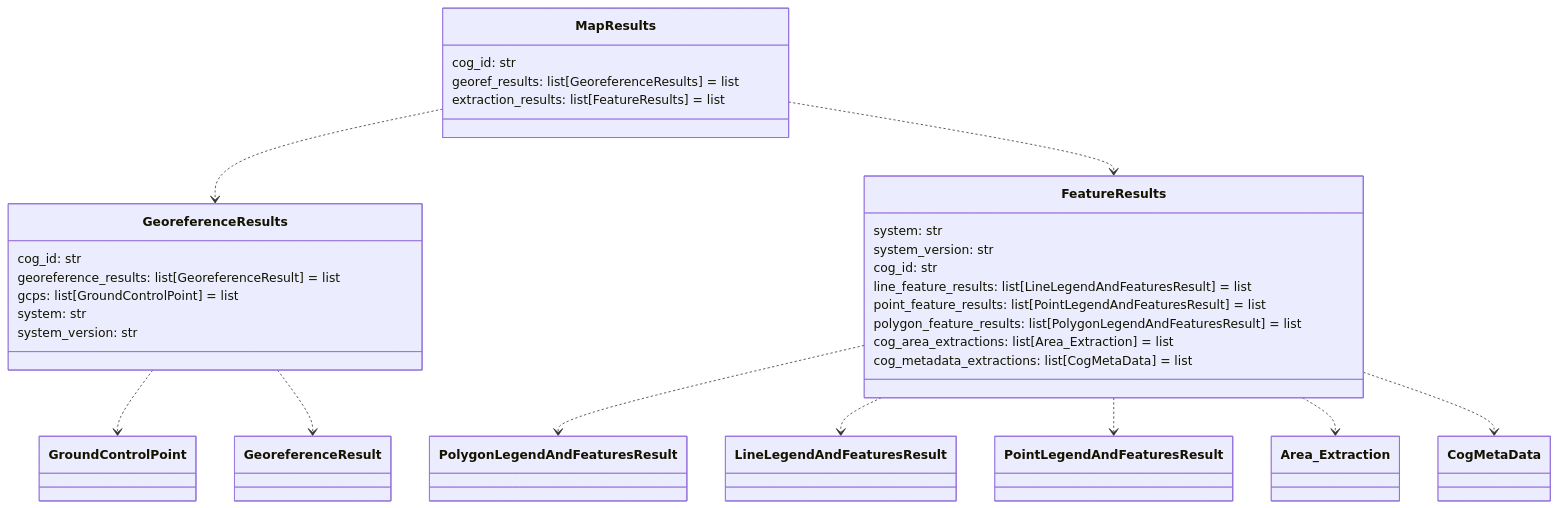
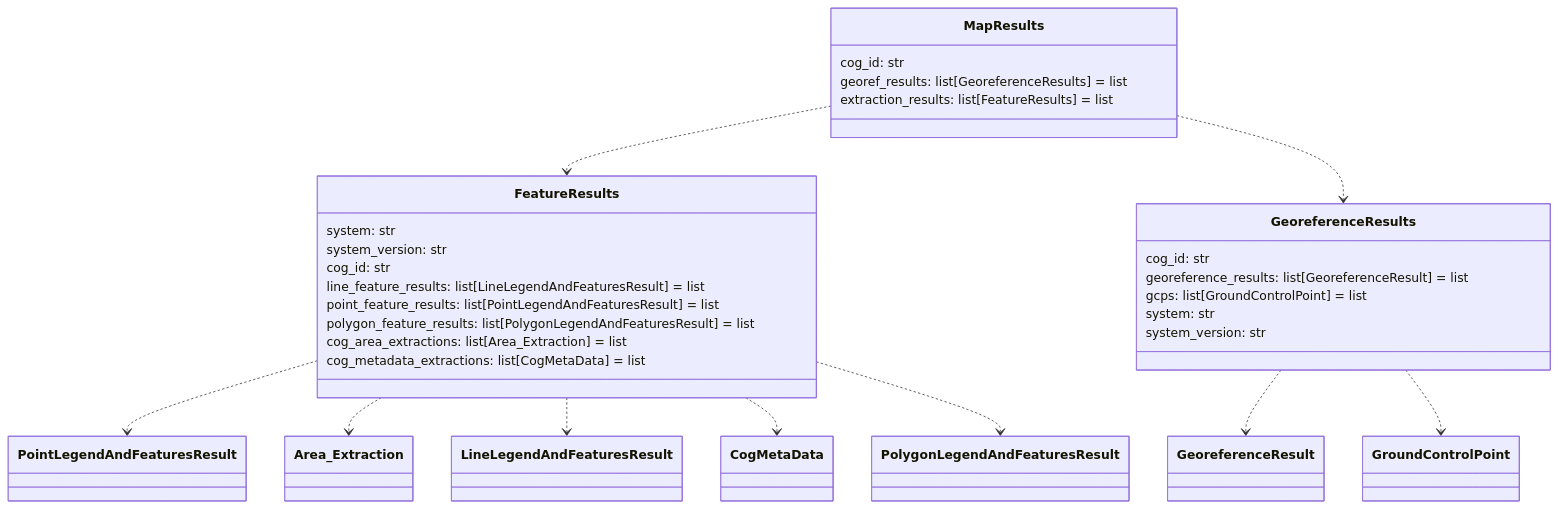
Before and after one commit to DARPA-CRITICALMAAS/cdr_schemas: diagram 11 of 14 in README.md, drawn with Mermaid. The commit also changed other lines of this file and 2 other files, not shown here.

````diff
--- a/README.md
+++ b/README.md
@@ -937,40 +937,40 @@
 ```mermaid
 classDiagram
+
+    class FeatureResults {
+        system: str
+        system_version: str
+        cog_id: str
+        line_feature_results: list[LineLegendAndFeaturesResult] = list
+        point_feature_results: list[PointLegendAndFeaturesResult] = list
+        polygon_feature_results: list[PolygonLegendAndFeaturesResult] = list
+        cog_area_extractions: list[Area_Extraction] = list
+        cog_metadata_extractions: list[CogMetaData] = list
+    }
 
     class GeoreferenceResults {
         cog_id: str
         georeference_results: list[GeoreferenceResult] = list
         gcps: list[GroundControlPoint] = list
         system: str
         system_version: str
     }
 
     class MapResults {
         cog_id: str
         georef_results: list[GeoreferenceResults] = list
         extraction_results: list[FeatureResults] = list
     }
 
-    class FeatureResults {
-        system: str
-        system_version: str
-        cog_id: str
-        line_feature_results: list[LineLegendAndFeaturesResult] = list
-        point_feature_results: list[PointLegendAndFeaturesResult] = list
-        polygon_feature_results: list[PolygonLegendAndFeaturesResult] = list
-        cog_area_extractions: list[Area_Extraction] = list
-        cog_metadata_extractions: list[CogMetaData] = list
-    }
-
-    FeatureResults ..> PolygonLegendAndFeaturesResult
-    FeatureResults ..> LineLegendAndFeaturesResult
     FeatureResults ..> PointLegendAndFeaturesResult
     FeatureResults ..> Area_Extraction
+    FeatureResults ..> LineLegendAndFeaturesResult
     FeatureResults ..> CogMetaData
+    FeatureResults ..> PolygonLegendAndFeaturesResult
+    GeoreferenceResults ..> GeoreferenceResult
     GeoreferenceResults ..> GroundControlPoint
-    GeoreferenceResults ..> GeoreferenceResult
+    MapResults ..> FeatureResults
     MapResults ..> GeoreferenceResults
-    MapResults ..> FeatureResults
 
 
 ```
````
